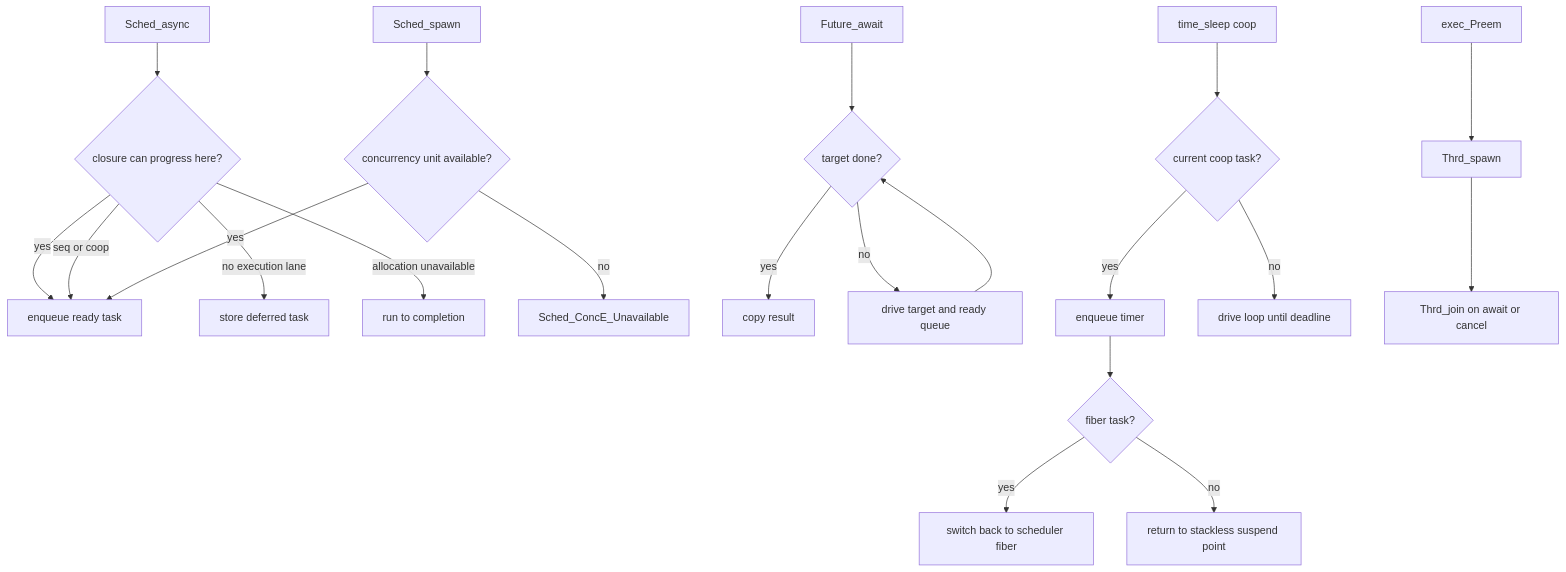
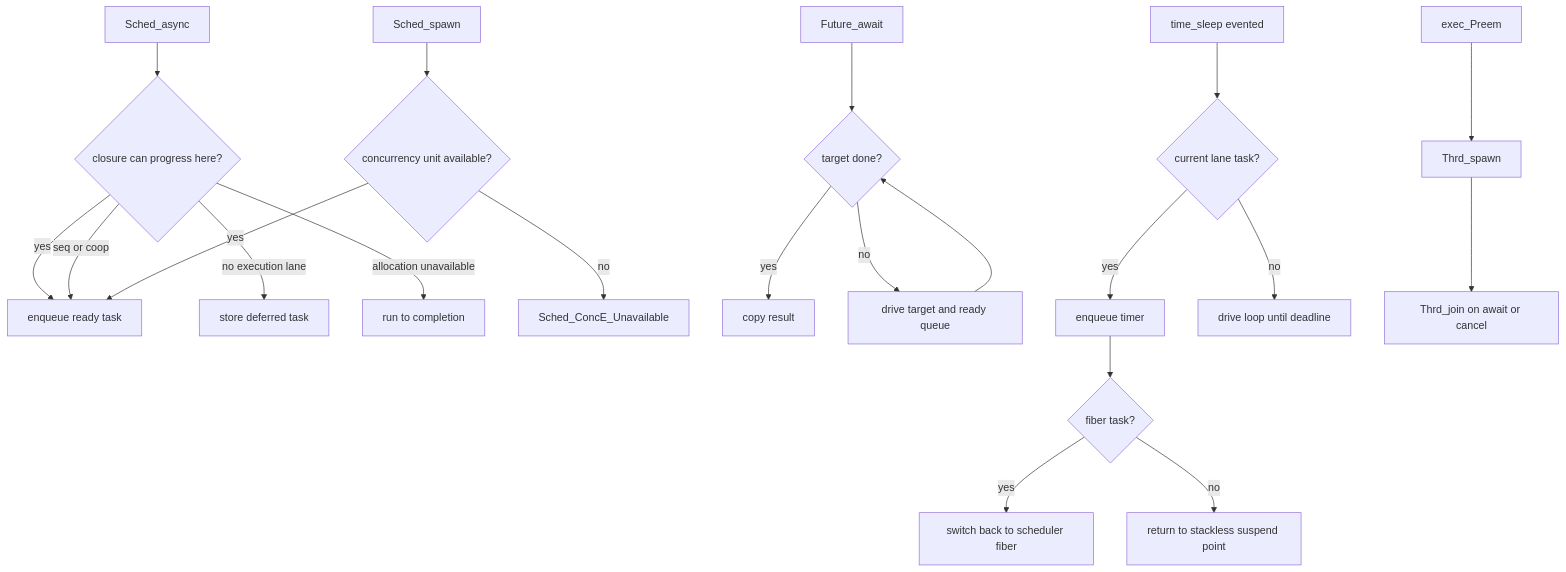
One commit to coding-pelican/dasae-headers changed the fifth of 5 diagrams in dh/tests/draft/io_conc/ARCH.md. Above: the diagram before and after it, drawn with Mermaid. The commit also changed other lines of this file and 49 other files, not shown here.

````diff
--- a/dh/tests/draft/io_conc/ARCH.md
+++ b/dh/tests/draft/io_conc/ARCH.md
@@ -79,27 +166,27 @@
 ```mermaid
 flowchart TD
     Async[Sched_async] --> CanProgress{closure can progress here?}
     CanProgress -->|yes| Ready[enqueue ready task]
     CanProgress -->|seq or coop| Ready
     CanProgress -->|no execution lane| Deferred[store deferred task]
     CanProgress -->|allocation unavailable| Eager[run to completion]
 
     Spawn[Sched_spawn] --> HasConc{concurrency unit available?}
     HasConc -->|yes| Ready
     HasConc -->|no| Unavailable[Sched_ConcE_Unavailable]
 
     Await[Future_await] --> Done{target done?}
     Done -->|yes| Copy[copy result]
     Done -->|no| Drive[drive target and ready queue]
     Drive --> Done
 
-    Sleep[time_sleep coop] --> HasTask{current coop task?}
+    Sleep[time_sleep evented] --> HasTask{current lane task?}
     HasTask -->|yes| Timer[enqueue timer]
     Timer --> IsFiber{fiber task?}
     IsFiber -->|yes| FiberYield[switch back to scheduler fiber]
     IsFiber -->|no| StacklessReturn[return to stackless suspend point]
     HasTask -->|no| DriveUntil[drive loop until deadline]
 
     Preem[exec_Preem] --> Thread[Thrd_spawn]
     Thread --> Join[Thrd_join on await or cancel]
 ```
````
